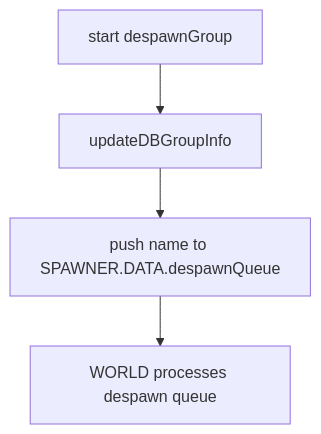
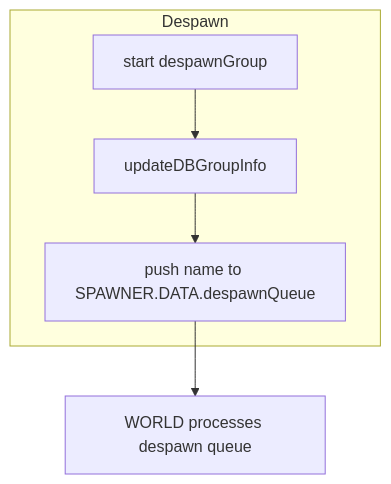
The fourth of 7 diagrams in docs/spawner/spawn_despawn.md (Gh0st352/AETHR), drawn with Mermaid before and after one commit. The commit also changed other lines of this file and 9 other files, not shown here.

First line of the commit message:
docs(spawner, mermaid): restructure diagrams and clarify headings

````diff
--- a/docs/spawner/spawn_despawn.md
+++ b/docs/spawner/spawn_despawn.md
@@ -83,6 +106,12 @@
 ```mermaid
+%% shared theme: docs/_mermaid/theme.json %%
 flowchart TD
-  D0[start despawnGroup] --> D1[updateDBGroupInfo]
-  D1 --> D2[push name to SPAWNER.DATA.despawnQueue]
+  subgraph "Despawn"
+    D0[start despawnGroup] --> D1[updateDBGroupInfo]
+    D1 --> D2[push name to SPAWNER.DATA.despawnQueue]
+  end
   D2 --> OUT[WORLD processes despawn queue]
+  class D0 class_io;
+  class D1,D2 class_step;
+  class OUT class_result;
 ```
````
